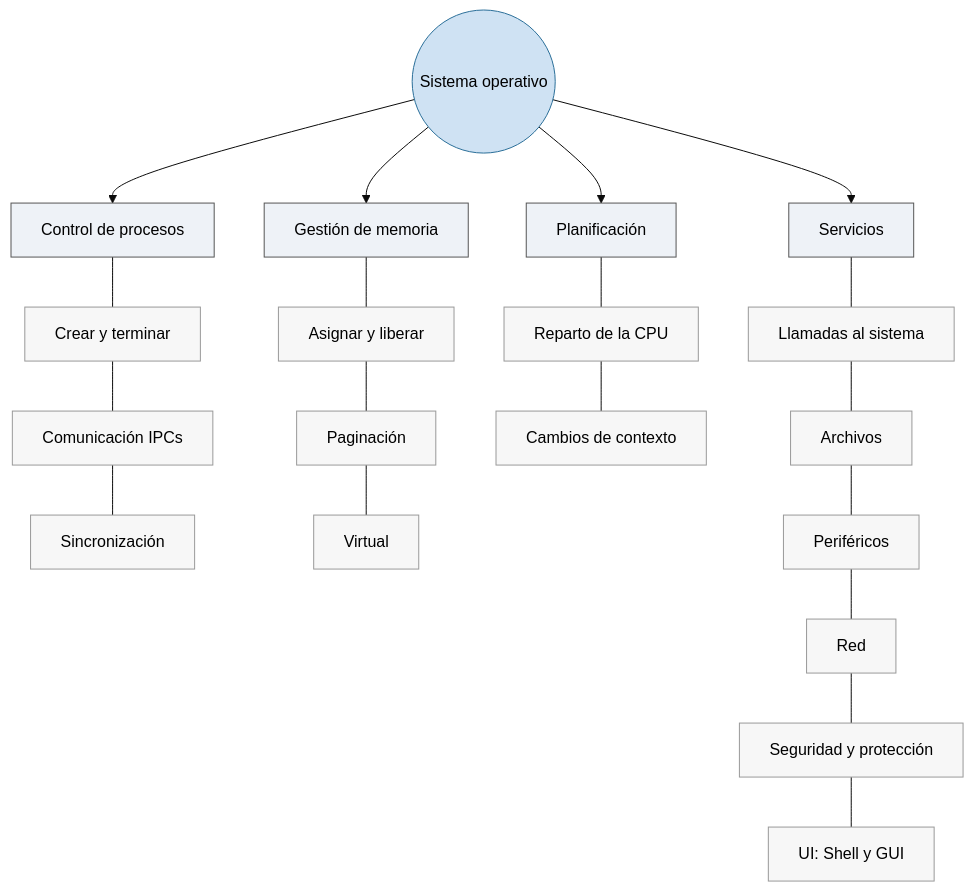
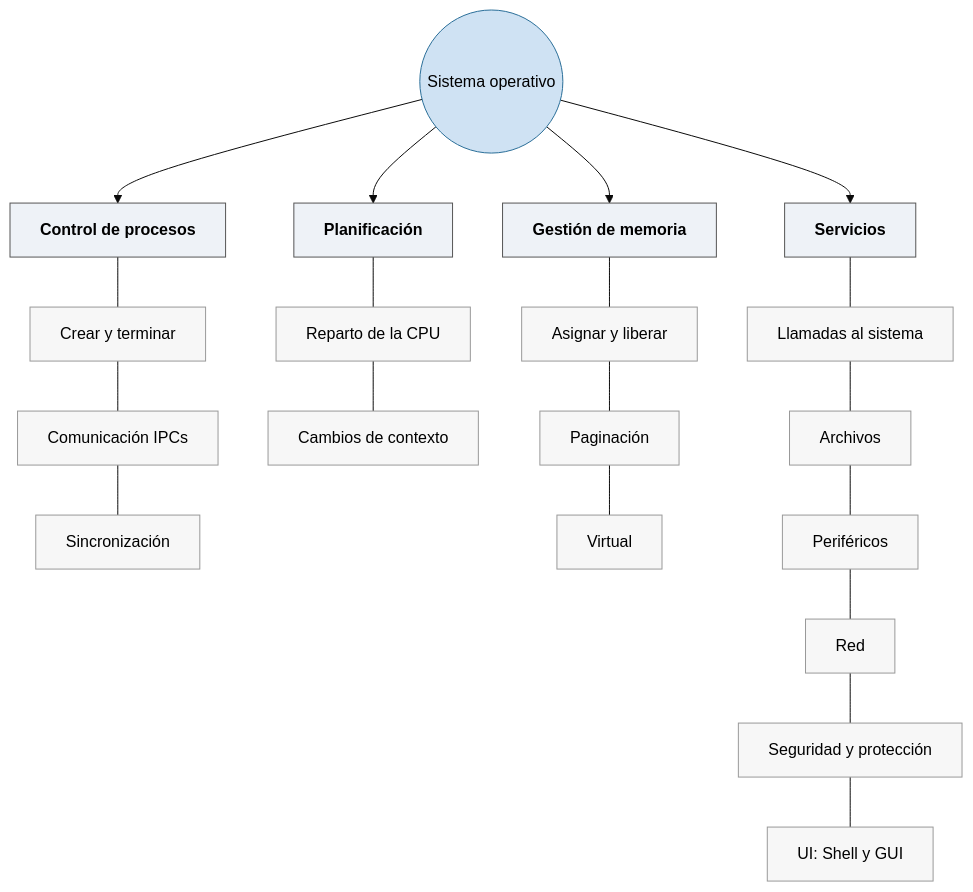
The first of 3 diagrams in TEORIA/01-introduccion-a-los-sistemas-operativos/README.md (asiermarzo/ssoo), drawn with Mermaid (base theme) before and after one commit.

Commit message:
changed diagrams color

````diff
--- a/TEORIA/01-introduccion-a-los-sistemas-operativos/README.md
+++ b/TEORIA/01-introduccion-a-los-sistemas-operativos/README.md
@@ -16,34 +16,34 @@
 ```mermaid
 flowchart TD
     SO((Sistema operativo))
 
     SO --> CP[Control de procesos]
+    SO --> PL[Planificación]
     SO --> CR[Gestión de memoria]
-    SO --> PL[Planificación]
     SO --> SV[Servicios]
 
     CP --- CP1[Crear y terminar]
     CP1 --- CP2[Comunicación  IPCs]
     CP2 --- CP3[Sincronización]
 
+    PL --- PL1[Reparto de la CPU]
+    PL1 --- PL2[Cambios de contexto]
+
     CR --- CR1[Asignar y liberar]
     CR1 --- CR2[Paginación]
     CR2 --- CR3[Virtual]
-
-    PL --- PL1[Reparto de la CPU]
-    PL1 --- PL2[Cambios de contexto]
 
     SV --- SV1[Llamadas al sistema]
     SV1 --- SV2[Archivos]
     SV2 --- SV3[Periféricos]
     SV3 --- SV4[Red]
     SV4 --- SV5[Seguridad y protección]
     SV5 --- SV6[UI: Shell y GUI]
 
     classDef core fill:#cfe2f3,stroke:#2b6f99,color:#000;
-    classDef func fill:#eef2f7,stroke:#555,color:#000;
+    classDef func fill:#eef2f7,stroke:#555,color:#000,font-weight:bold;
     classDef leaf fill:#f7f7f7,stroke:#999,color:#000;
     class SO core;
     class CP,CR,PL,SV func;
     class CP1,CP2,CP3,CR1,CR2,CR3,PL1,PL2,SV1,SV2,SV3,SV4,SV5,SV6 leaf;
 ```
````
